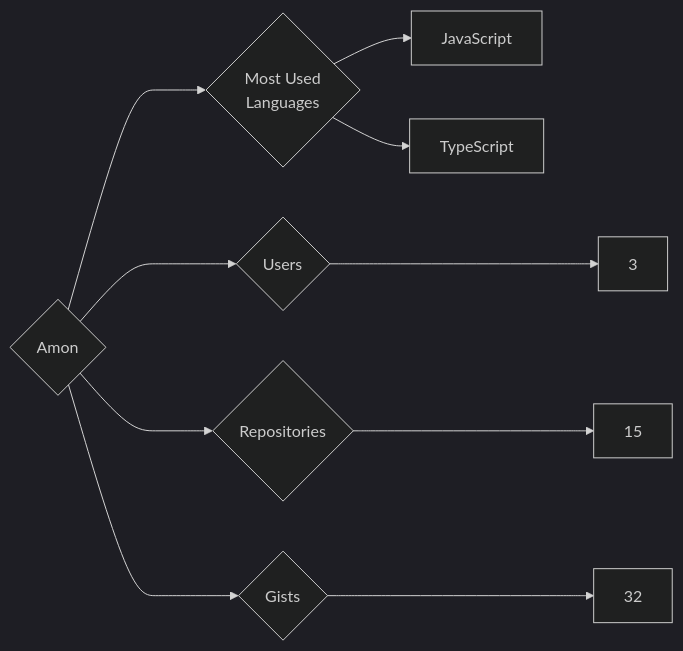
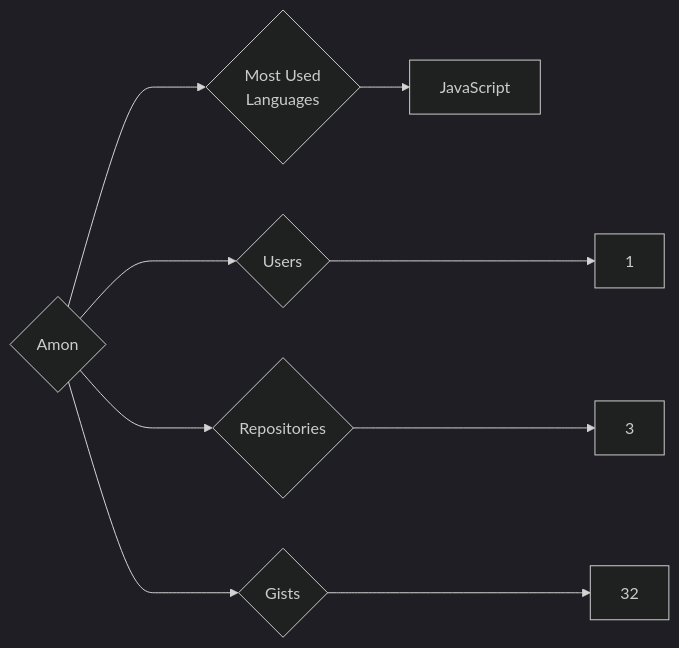
One commit to trickest/insiders changed the diagram in targets/Amon/README.md. Above: the diagram before and after it, drawn with Mermaid (dark theme). The commit also changed 679 other files, not shown here.

````diff
--- a/targets/Amon/README.md
+++ b/targets/Amon/README.md
@@ -3,10 +3,9 @@
 ```mermaid
 graph LR
 COMPANY_NAME{Amon}
-COMPANY_NAME ---> U{Users} ---> UN[3]
-COMPANY_NAME ---> R{Repositories} ---> RN[15]
+COMPANY_NAME ---> U{Users} ---> UN[1]
+COMPANY_NAME ---> R{Repositories} ---> RN[3]
 COMPANY_NAME ---> G{Gists} ---> GN[32]
 COMPANY_NAME ---> ML{Most Used<br>Languages}
 ML --> JavaScript[JavaScript]
-ML --> TypeScript[TypeScript]
 ```
````
